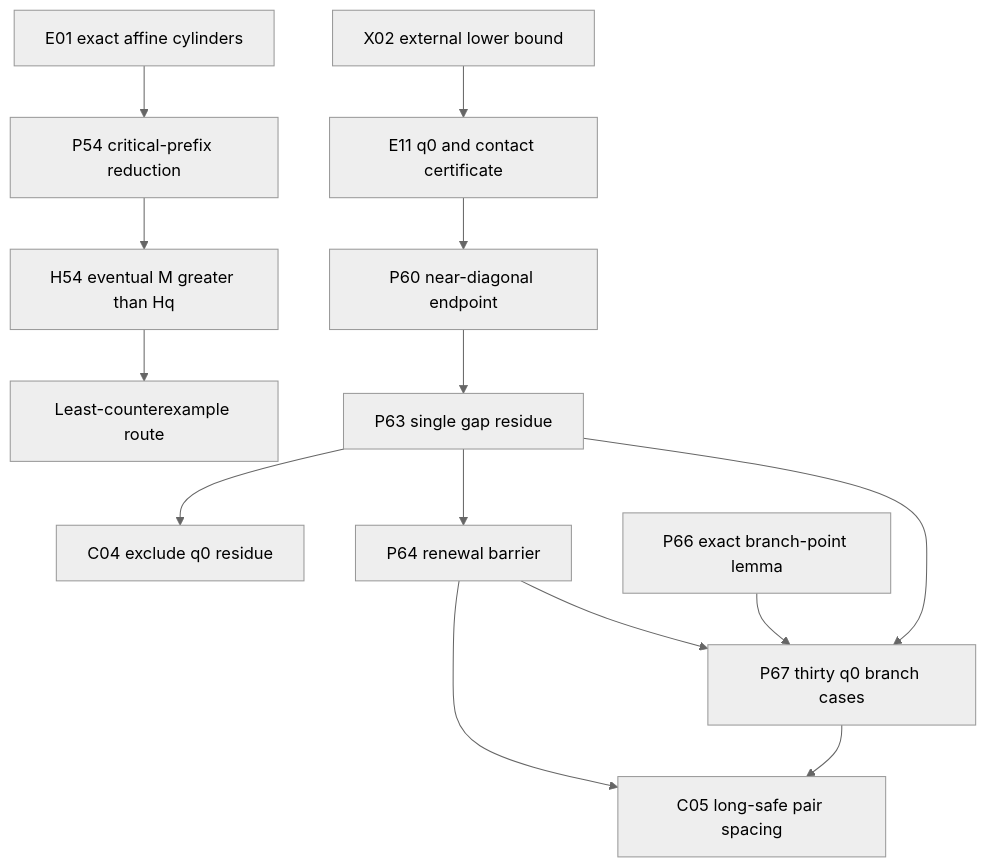
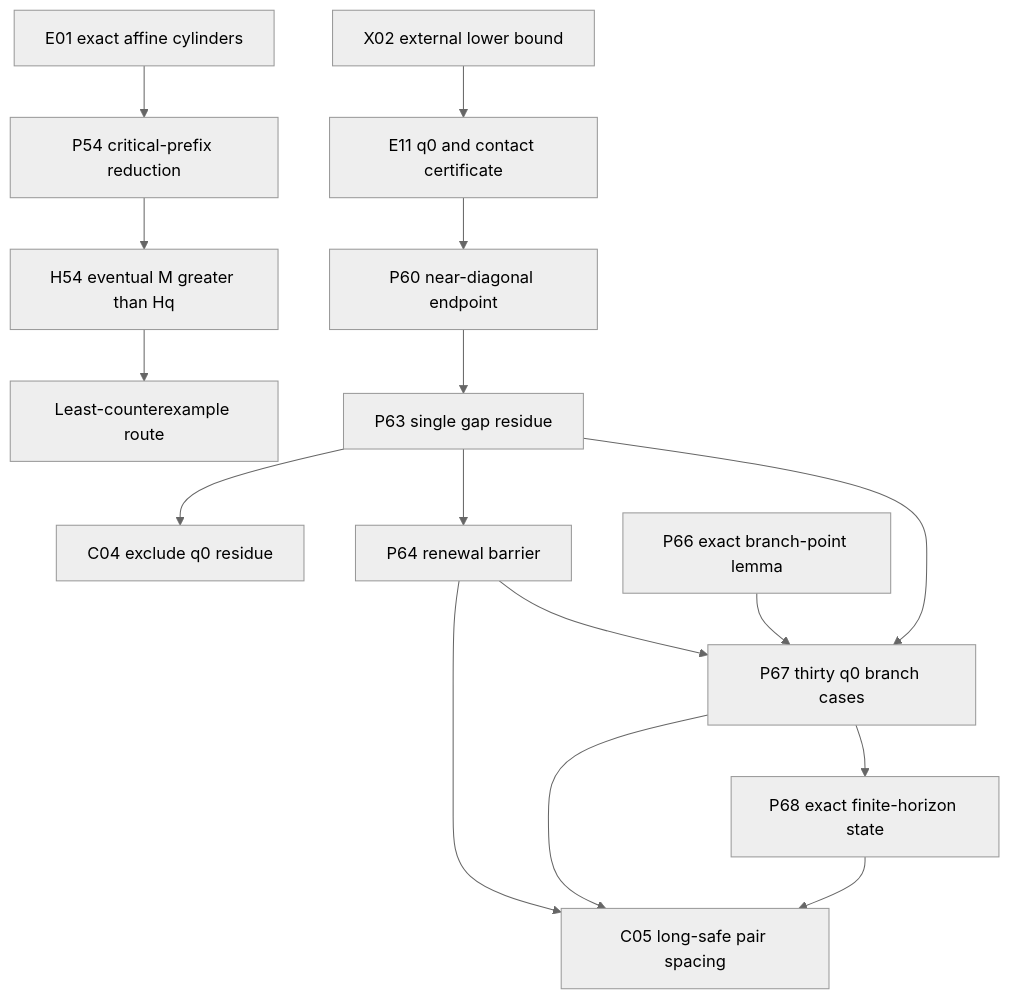
Before and after one commit to fumiki-t/Collatz-conjecture: the diagram in docs/AI_RESEARCH_GUIDE.md, drawn with Mermaid (neutral theme). The commit also changed other lines of this file and 18 other files, not shown here.

````diff
--- a/docs/AI_RESEARCH_GUIDE.md
+++ b/docs/AI_RESEARCH_GUIDE.md
@@ -32,17 +33,19 @@
 ```mermaid
 flowchart TD
     E01["E01 exact affine cylinders"] --> P54["P54 critical-prefix reduction"]
     P54 --> H54["H54 eventual M greater than Hq"]
     H54 --> Goal["Least-counterexample route"]
 
     X02["X02 external lower bound"] --> E11["E11 q0 and contact certificate"]
     E11 --> P60["P60 near-diagonal endpoint"]
     P60 --> P63["P63 single gap residue"]
     P63 --> C04["C04 exclude q0 residue"]
     P63 --> P64["P64 renewal barrier"]
     P64 --> C05["C05 long-safe pair spacing"]
     P66["P66 exact branch-point lemma"] --> P67["P67 thirty q0 branch cases"]
     P63 --> P67
     P64 --> P67
     P67 --> C05
+    P67 --> P68["P68 exact finite-horizon state"]
+    P68 --> C05
 ```
````
